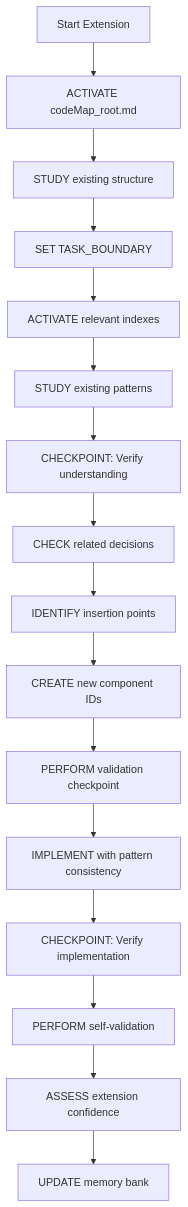
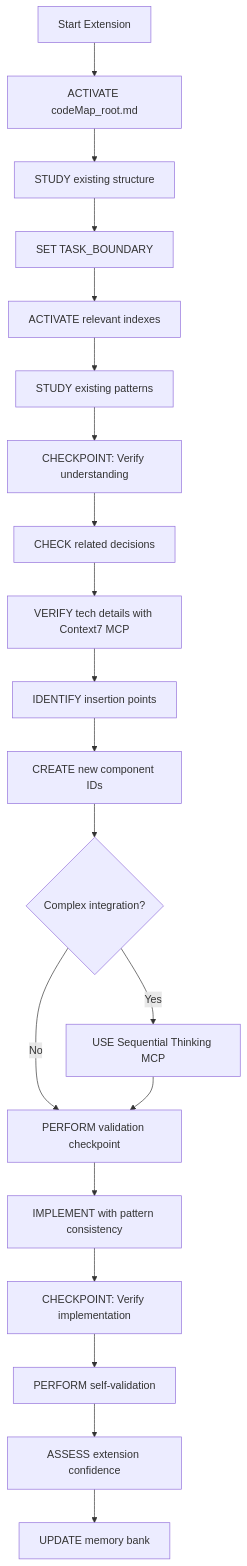
The sixth of 7 diagrams in .cursor/rules/custom-instructions.mdc (tejastechq/timezonepulse), drawn with Mermaid before and after one commit. The commit also changed other lines of this file and 3 other files, not shown here.

First line of the commit message:
feat: Revise Memory Bank documentation and enhance MCP integration

````diff
--- a/.cursor/rules/custom-instructions.mdc
+++ b/.cursor/rules/custom-instructions.mdc
@@ -775,18 +861,22 @@
 ```mermaid
 flowchart TD
     Start[Start Extension] --> Activate[ACTIVATE codeMap_root.md]
     Activate --> StudyStructure[STUDY existing structure]
     StudyStructure --> Boundary[SET TASK_BOUNDARY]
     Boundary --> LoadIndexes[ACTIVATE relevant indexes]
     LoadIndexes --> StudyPatterns[STUDY existing patterns]
     StudyPatterns --> Checkpoint1[CHECKPOINT: Verify understanding]
     Checkpoint1 --> CheckDecisions[CHECK related decisions]
-    CheckDecisions --> IdentifyPoints[IDENTIFY insertion points]
+    CheckDecisions --> TechVerify[VERIFY tech details with Context7 MCP]
+    TechVerify --> IdentifyPoints[IDENTIFY insertion points]
     IdentifyPoints --> AssignIDs[CREATE new component IDs]
-    AssignIDs --> ValidationCheck[PERFORM validation checkpoint]
+    AssignIDs --> ComplexReason{Complex integration?}
+    ComplexReason -->|Yes| SeqThink[USE Sequential Thinking MCP]
+    ComplexReason -->|No| ValidationCheck[PERFORM validation checkpoint]
+    SeqThink --> ValidationCheck
     ValidationCheck --> Implement[IMPLEMENT with pattern consistency]
     Implement --> Checkpoint2[CHECKPOINT: Verify implementation]
     Checkpoint2 --> Validate[PERFORM self-validation]
     Validate --> AssessConfidence[ASSESS extension confidence]
     AssessConfidence --> UpdateDocs[UPDATE memory bank]
 ```
````
